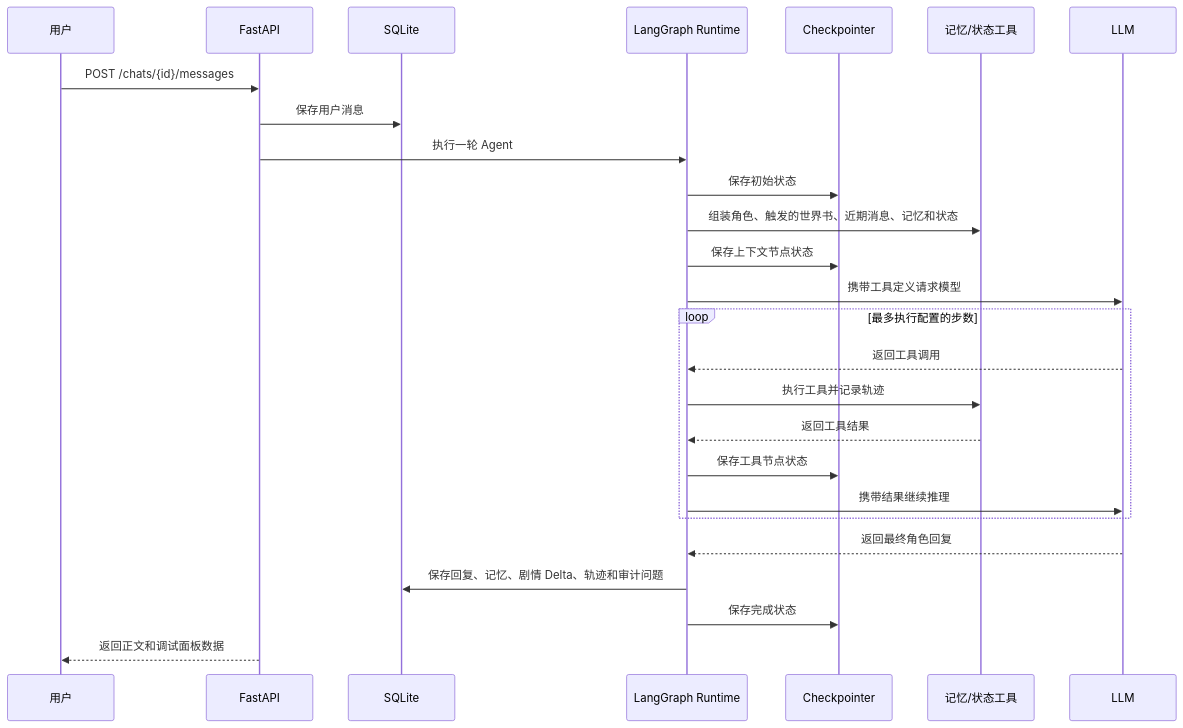
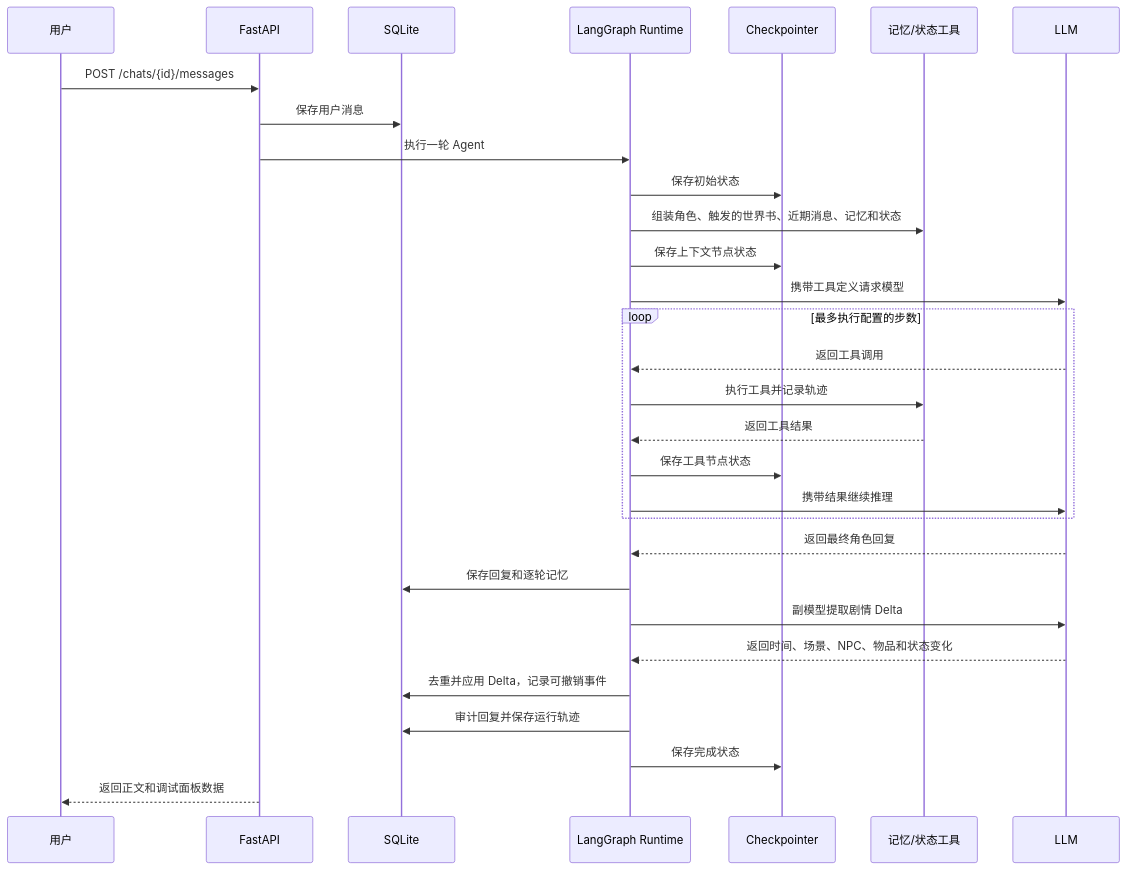
One commit to maximilian-2778/saraswati-agent changed the second of 2 diagrams in docs/ARCHITECTURE.md. Above: the diagram before and after it, drawn with Mermaid. The commit also changed other lines of this file and 68 other files, not shown here.

````diff
--- a/docs/ARCHITECTURE.md
+++ b/docs/ARCHITECTURE.md
@@ -53,29 +57,33 @@
 ```mermaid
 sequenceDiagram
     participant U as 用户
     participant A as FastAPI
     participant D as SQLite
     participant R as LangGraph Runtime
     participant C as Checkpointer
     participant M as 记忆/状态工具
     participant L as LLM
 
     U->>A: POST /chats/{id}/messages
     A->>D: 保存用户消息
     A->>R: 执行一轮 Agent
     R->>C: 保存初始状态
     R->>M: 组装角色、触发的世界书、近期消息、记忆和状态
     R->>C: 保存上下文节点状态
     R->>L: 携带工具定义请求模型
     loop 最多执行配置的步数
         L-->>R: 返回工具调用
         R->>M: 执行工具并记录轨迹
         M-->>R: 返回工具结果
         R->>C: 保存工具节点状态
         R->>L: 携带结果继续推理
     end
     L-->>R: 返回最终角色回复
-    R->>D: 保存回复、记忆、剧情 Delta、轨迹和审计问题
+    R->>D: 保存回复和逐轮记忆
+    R->>L: 副模型提取剧情 Delta
+    L-->>R: 返回时间、场景、NPC、物品和状态变化
+    R->>D: 去重并应用 Delta，记录可撤销事件
+    R->>D: 审计回复并保存运行轨迹
     R->>C: 保存完成状态
     A-->>U: 返回正文和调试面板数据
 ```
````
